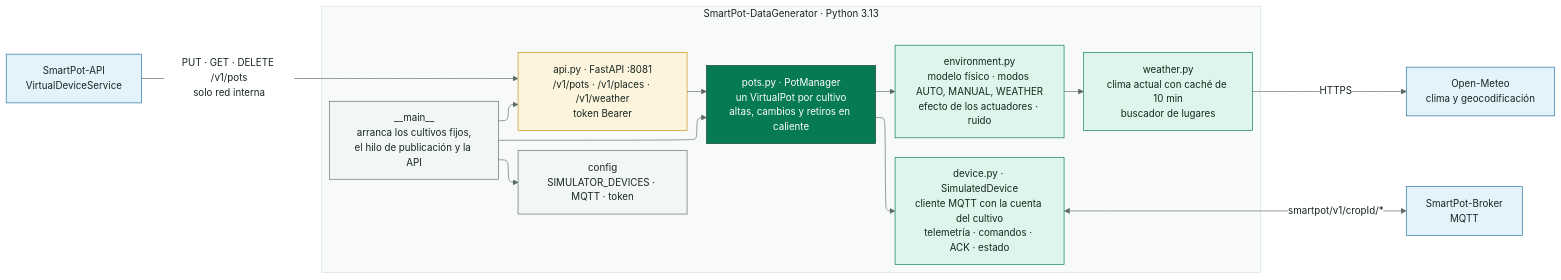
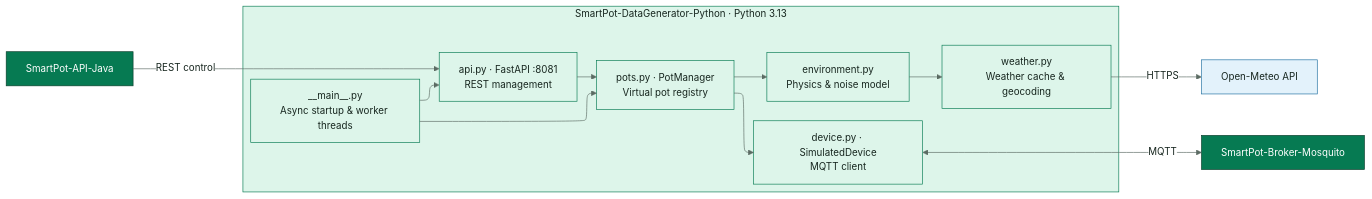
One commit to SmartPotTech/SmartPot-DataGenerator-Python changed the first of 3 diagrams in docs/SmartPot_DataGenerator_Documentation.md. Above: the diagram before and after it, drawn with Mermaid. The commit also changed other lines of this file and 12 other files, not shown here.

Commit message:
docs(specs): standardize legacy english documentation, notices, diagrams, and manuals

````diff
--- a/docs/SmartPot_DataGenerator_Documentation.md
+++ b/docs/SmartPot_DataGenerator_Documentation.md
@@ -51,36 +51,29 @@
 ```mermaid
 %%{init: {"theme": "base", "fontFamily": "Segoe UI, Arial, sans-serif", "themeVariables": {"fontFamily": "Segoe UI, Arial, sans-serif", "fontSize": "15px", "primaryColor": "#DDF5EA", "primaryTextColor": "#17261F", "primaryBorderColor": "#067A52", "secondaryColor": "#E3F2FB", "secondaryTextColor": "#17261F", "secondaryBorderColor": "#1F6FA0", "tertiaryColor": "#F2F7F4", "tertiaryTextColor": "#17261F", "tertiaryBorderColor": "#D5E3DC", "lineColor": "#5B6B63", "textColor": "#17261F", "mainBkg": "#DDF5EA", "nodeBorder": "#067A52", "clusterBkg": "#F7FAF8", "clusterBorder": "#D5E3DC", "edgeLabelBackground": "#FFFFFF", "actorBkg": "#067A52", "actorBorder": "#0B3D2B", "actorTextColor": "#FFFFFF", "actorLineColor": "#5B6B63", "signalColor": "#17261F", "signalTextColor": "#17261F", "labelBoxBkgColor": "#0B3D2B", "labelBoxBorderColor": "#0B3D2B", "labelTextColor": "#FFFFFF", "loopTextColor": "#0B3D2B", "noteBkgColor": "#FDF4DD", "noteBorderColor": "#C98D12", "noteTextColor": "#17261F", "activationBkgColor": "#DDF5EA", "activationBorderColor": "#067A52", "attributeBackgroundColorOdd": "#FFFFFF", "attributeBackgroundColorEven": "#F2F7F4"}, "layout": "elk", "elk": {"nodePlacementStrategy": "BRANDES_KOEPF", "mergeEdges": false, "cycleBreakingStrategy": "GREEDY"}}}%%
 flowchart LR
-  api["SmartPot-API<br/>VirtualDeviceService"]
-  meteo["Open-Meteo<br/>clima y geocodificación"]
-  broker["SmartPot-Broker<br/>MQTT"]
-  subgraph sim["SmartPot-DataGenerator · Python 3.13"]
+  api["SmartPot-API-Java"]
+  meteo["Open-Meteo API"]
+  broker["SmartPot-Broker-Mosquito"]
+  subgraph sim["SmartPot-DataGenerator-Python · Python 3.13"]
     direction TB
-    main["__main__<br/>arranca los cultivos fijos,<br/>el hilo de publicación y la API"]
-    config["config<br/>SIMULATOR_DEVICES · MQTT · token"]
-    control["api.py · FastAPI :8081<br/>/v1/pots · /v1/places · /v1/weather<br/>token Bearer"]
-    manager["pots.py · PotManager<br/>un VirtualPot por cultivo<br/>altas, cambios y retiros en caliente"]
-    env["environment.py<br/>modelo físico · modos AUTO, MANUAL, WEATHER<br/>efecto de los actuadores · ruido"]
-    weather["weather.py<br/>clima actual con caché de 10 min<br/>buscador de lugares"]
-    device["device.py · SimulatedDevice<br/>cliente MQTT con la cuenta del cultivo<br/>telemetría · comandos · ACK · estado"]
+    main["__main__.py<br/>Async startup & worker threads"]
+    control["api.py · FastAPI :8081<br/>REST management"]
+    manager["pots.py · PotManager<br/>Virtual pot registry"]
+    env["environment.py<br/>Physics & noise model"]
+    weather["weather.py<br/>Weather cache & geocoding"]
+    device["device.py · SimulatedDevice<br/>MQTT client"]
   end
-  api -->|"PUT · GET · DELETE /v1/pots<br/>solo red interna"| control
-  main --> config & control & manager
+  api -->|"REST control"| control
+  main --> control & manager
   control --> manager
   manager --> env & device
   env --> weather
   weather -->|"HTTPS"| meteo
-  device <-->|"smartpot/v1/cropId/*"| broker
+  device <-->|"MQTT"| broker
+  classDef core fill:#067A52,stroke:#0B3D2B,color:#FFFFFF
   classDef leaf fill:#DDF5EA,stroke:#067A52,color:#17261F
   classDef water fill:#E3F2FB,stroke:#1F6FA0,color:#17261F
-  classDef sun fill:#FDF4DD,stroke:#C98D12,color:#17261F
-  classDef clay fill:#FBE9E1,stroke:#B85A38,color:#17261F
-  classDef core fill:#067A52,stroke:#0B3D2B,color:#FFFFFF
-  classDef deep fill:#0B3D2B,stroke:#06281C,color:#FFFFFF
-  classDef muted fill:#F2F7F4,stroke:#5B6B63,color:#17261F
-  class api,meteo,broker water
-  class main,config muted
-  class control sun
-  class manager core
-  class env,weather,device leaf
+  class api,broker core
+  class meteo water
+  class sim,main,control,manager,env,weather,device leaf
 ```
````
